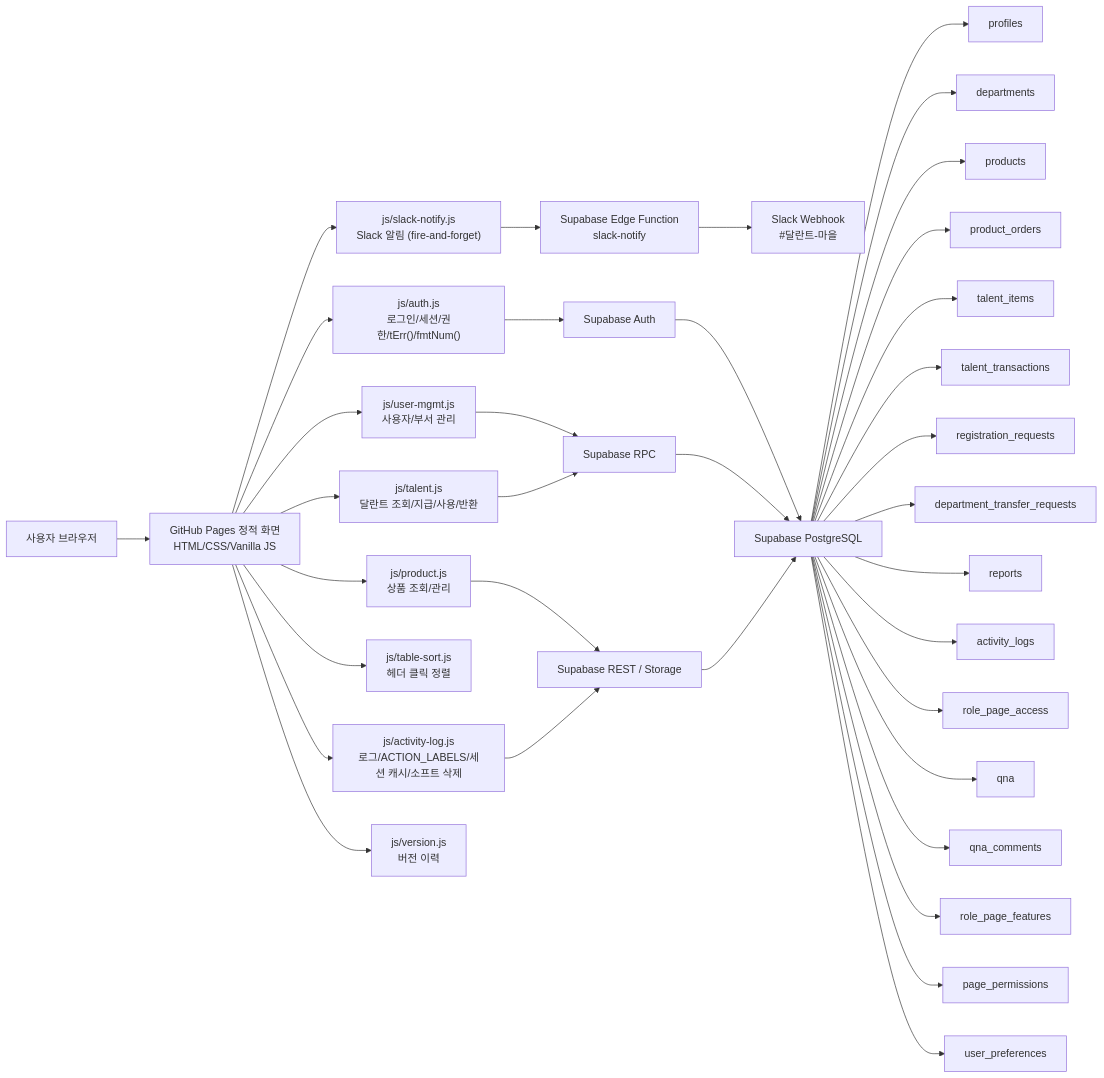
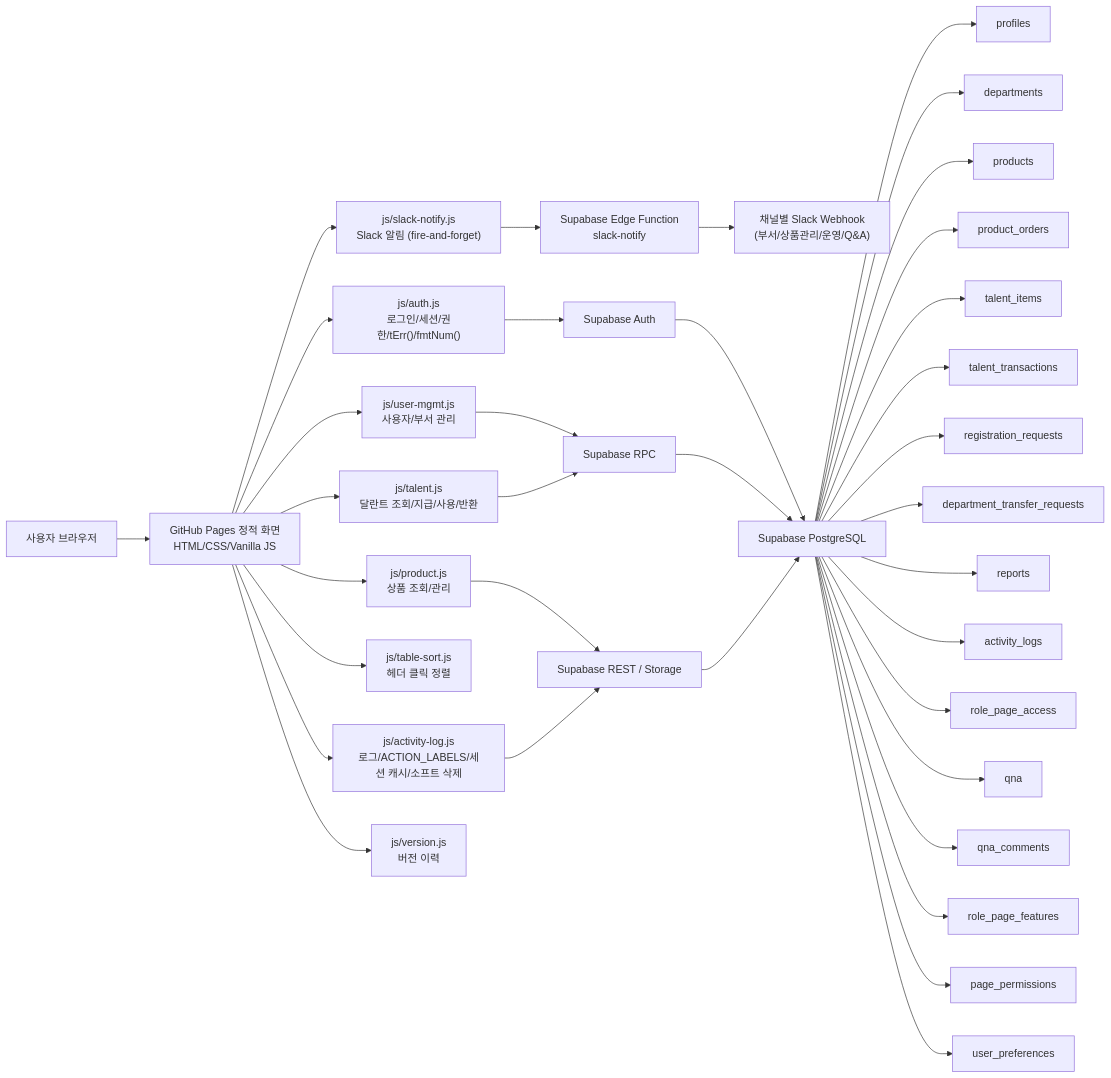
The first of 13 diagrams in docs/PROJECT_ARCHITECTURE_FLOW.md (CHO-Talents/CHO-Talents), drawn with Mermaid before and after one commit. The commit also changed other lines of this file and 44 other files, not shown here.

First line of the commit message:
feat: Q&A 미답변 배지 + Slack 알림 채널별 라우팅 (v3.46.0)

````diff
--- a/docs/PROJECT_ARCHITECTURE_FLOW.md
+++ b/docs/PROJECT_ARCHITECTURE_FLOW.md
@@ -25,43 +25,43 @@
 ```mermaid
 flowchart LR
   User["사용자 브라우저"] --> Pages["GitHub Pages 정적 화면<br/>HTML/CSS/Vanilla JS"]
 
   Pages --> AuthJS["js/auth.js<br/>로그인/세션/권한/tErr()/fmtNum()"]
   Pages --> LogJS["js/activity-log.js<br/>로그/ACTION_LABELS/세션 캐시/소프트 삭제"]
   Pages --> UserMgmt["js/user-mgmt.js<br/>사용자/부서 관리"]
   Pages --> TalentJS["js/talent.js<br/>달란트 조회/지급/사용/반환"]
   Pages --> ProductJS["js/product.js<br/>상품 조회/관리"]
   Pages --> TableSortJS["js/table-sort.js<br/>헤더 클릭 정렬"]
   Pages --> SlackJS["js/slack-notify.js<br/>Slack 알림 (fire-and-forget)"]
   Pages --> VersionJS["js/version.js<br/>버전 이력"]
 
   SlackJS --> EdgeFn["Supabase Edge Function<br/>slack-notify"]
-  EdgeFn --> Slack["Slack Webhook<br/>#달란트-마을"]
+  EdgeFn --> Slack["채널별 Slack Webhook<br/>(부서/상품관리/운영/Q&A)"]
 
   AuthJS --> Auth["Supabase Auth"]
   UserMgmt --> RPC["Supabase RPC"]
   TalentJS --> RPC
   ProductJS --> Rest["Supabase REST / Storage"]
   LogJS --> Rest
 
   Auth --> DB["Supabase PostgreSQL"]
   RPC --> DB
   Rest --> DB
 
   DB --> Profiles["profiles"]
   DB --> Departments["departments"]
   DB --> Products["products"]
   DB --> Orders["product_orders"]
   DB --> Items["talent_items"]
   DB --> Transactions["talent_transactions"]
   DB --> Requests["registration_requests"]
   DB --> Transfers["department_transfer_requests"]
   DB --> Reports["reports"]
   DB --> Logs["activity_logs"]
   DB --> RoleAccess["role_page_access"]
   DB --> QnA["qna"]
   DB --> QnAComments["qna_comments"]
   DB --> RoleFeatures["role_page_features"]
   DB --> PagePerms["page_permissions"]
   DB --> UserPrefs["user_preferences"]
 ```
````
